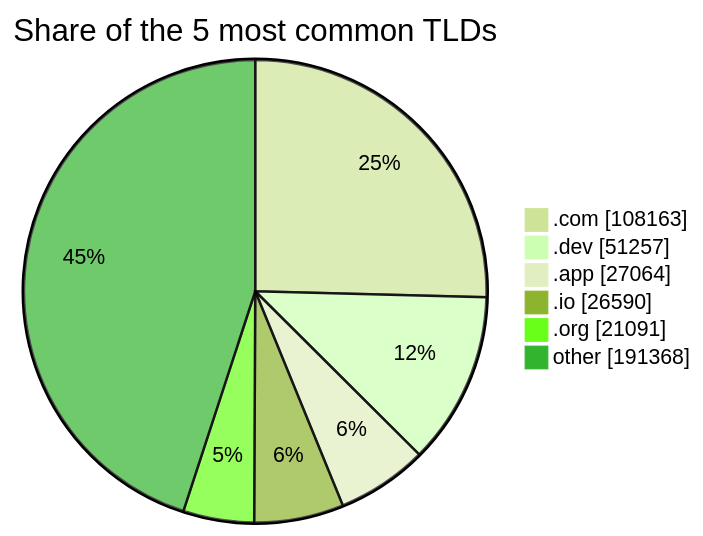
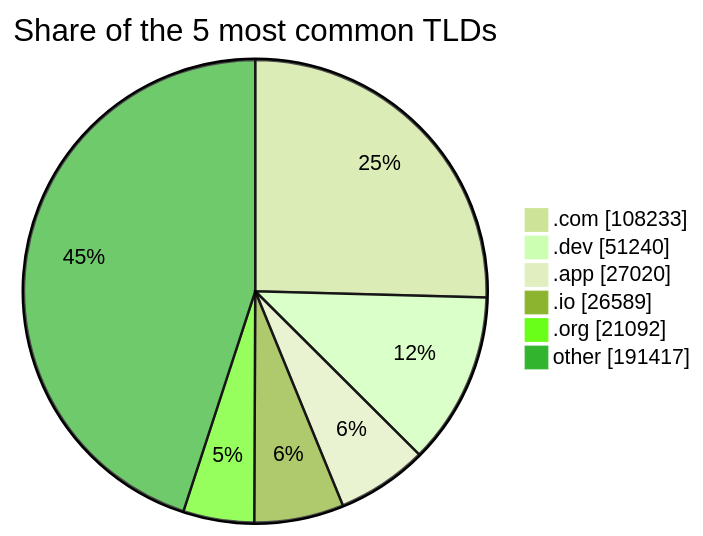
The third of 3 diagrams in README.md (DNSBunker/CTI), drawn with Mermaid (forest theme) before and after one commit. The commit also changed other lines of this file and 3 other files, not shown here.

````diff
--- a/README.md
+++ b/README.md
@@ -81,9 +81,9 @@
 ```mermaid
 pie showData title Share of the 5 most common TLDs
-    ".com" : 108163
-    ".dev" : 51257
-    ".app" : 27064
-    ".io" : 26590
-    ".org" : 21091
-    "other" : 191368
+    ".com" : 108233
+    ".dev" : 51240
+    ".app" : 27020
+    ".io" : 26589
+    ".org" : 21092
+    "other" : 191417
 ```
````
